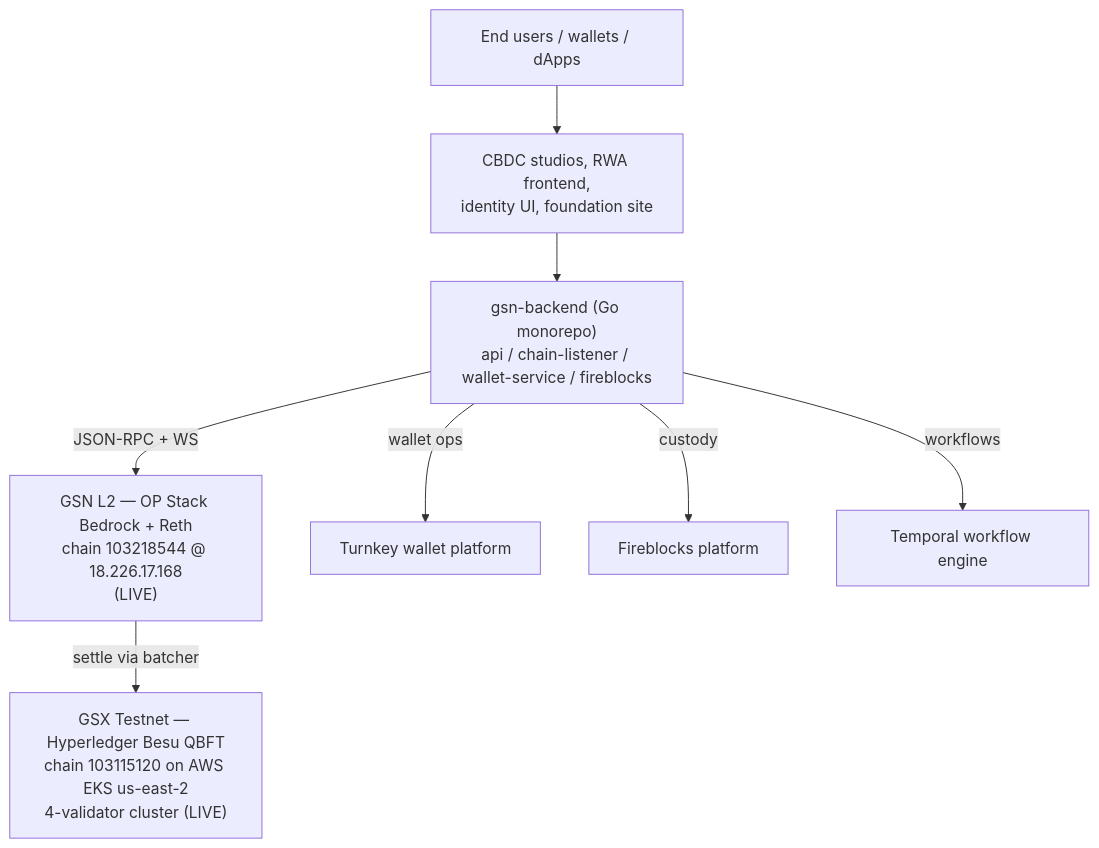
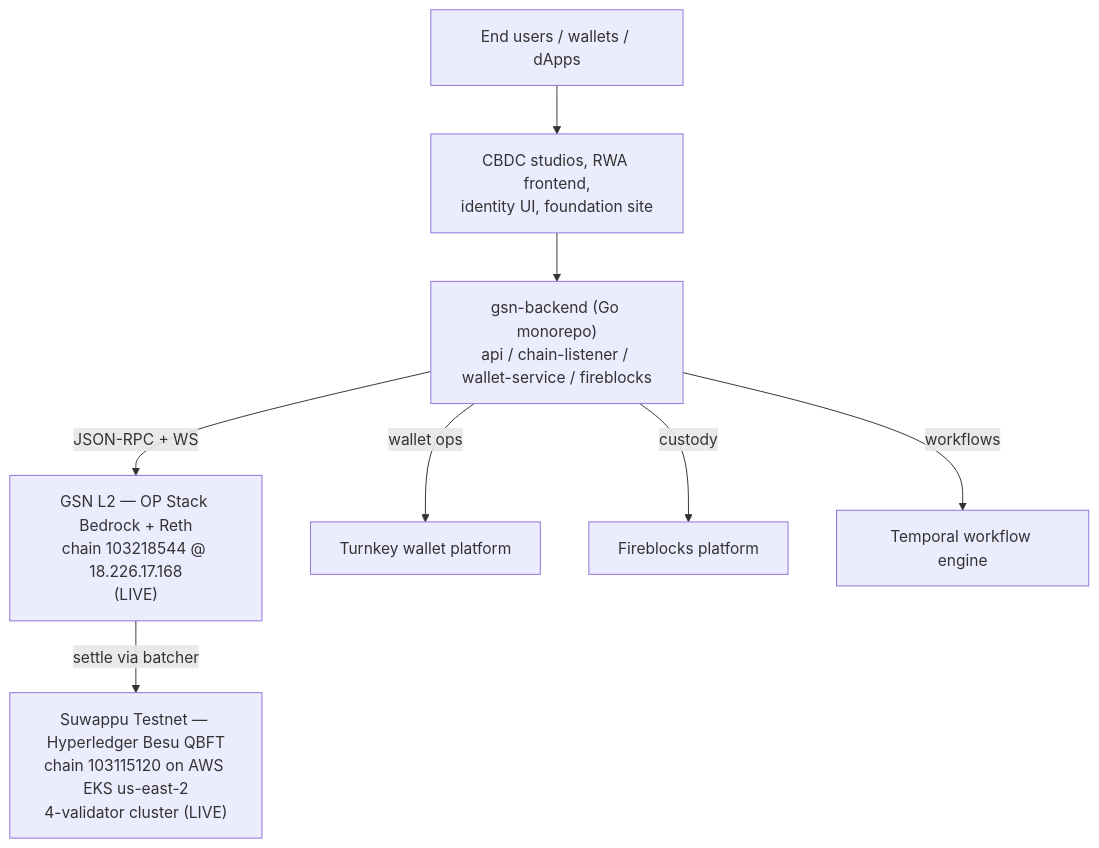
Before and after one commit to Suwappu-Labs/suwappu-db: the diagram in docs/ECOSYSTEM-AUDIT.md, drawn with Mermaid. The commit also changed other lines of this file and 232 other files, not shown here.

First line of the commit message:
chore: rebrand gsx-db -> suwappu-db (crates, code, docs)

````diff
--- a/docs/ECOSYSTEM-AUDIT.md
+++ b/docs/ECOSYSTEM-AUDIT.md
@@ -103,18 +103,18 @@
 ```mermaid
 flowchart TB
     Users[End users / wallets / dApps]
     Frontend[CBDC studios, RWA frontend,<br/>identity UI, foundation site]
     GsnBackend["gsn-backend (Go monorepo)<br/>api / chain-listener / wallet-service / fireblocks"]
     OpRollup["GSN L2 — OP Stack Bedrock + Reth<br/>chain 103218544 @ 18.226.17.168<br/>(LIVE)"]
-    Besu["GSX Testnet — Hyperledger Besu QBFT<br/>chain 103115120 on AWS EKS us-east-2<br/>4-validator cluster (LIVE)"]
+    Besu["Suwappu Testnet — Hyperledger Besu QBFT<br/>chain 103115120 on AWS EKS us-east-2<br/>4-validator cluster (LIVE)"]
     Turnkey[Turnkey wallet platform]
     Fireblocks[Fireblocks platform]
     Temporal[Temporal workflow engine]
 
     Users --> Frontend --> GsnBackend
     GsnBackend -->|JSON-RPC + WS| OpRollup
     OpRollup -->|settle via batcher| Besu
     GsnBackend -->|wallet ops| Turnkey
     GsnBackend -->|custody| Fireblocks
     GsnBackend -->|workflows| Temporal
 ```
````
